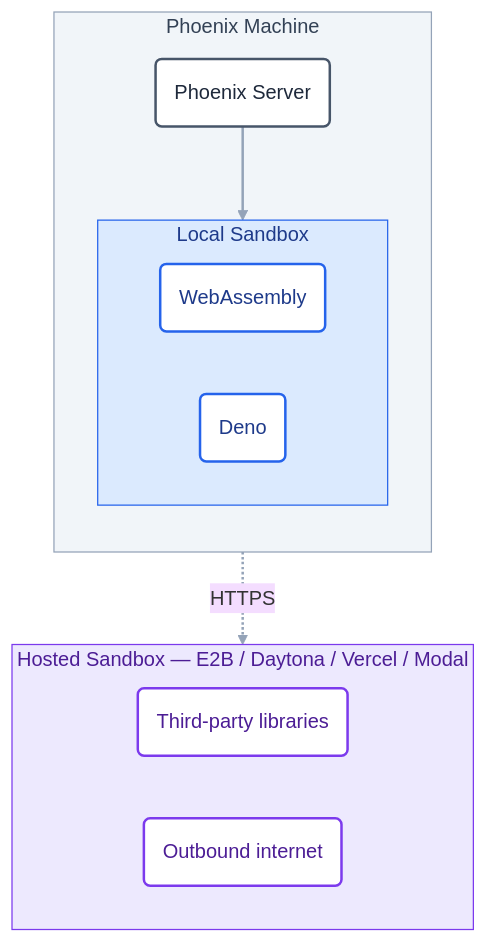
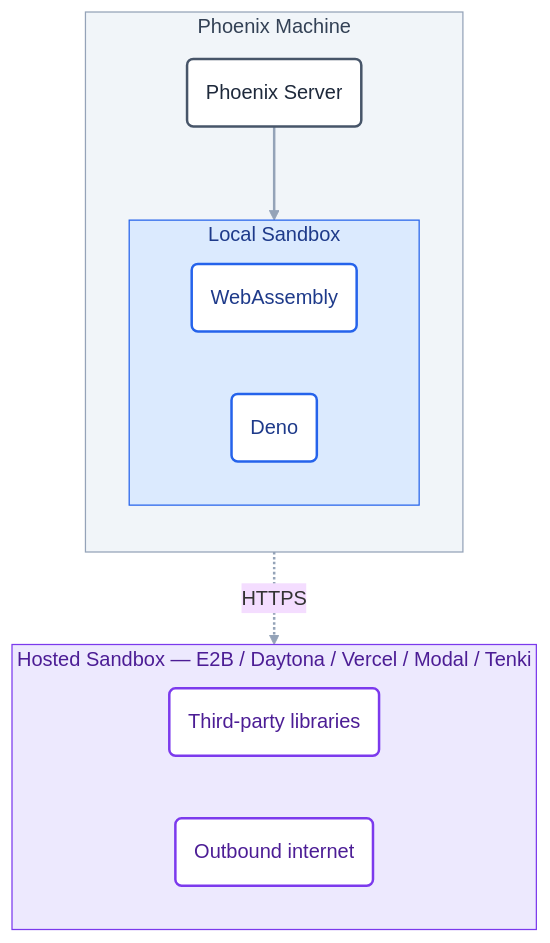
The diagram in docs/phoenix/settings/sandboxes.mdx (Arize-ai/phoenix), drawn with Mermaid before and after one commit. The commit also changed other lines of this file and 11 other files, not shown here.

First line of the commit message:
fix(sandbox): harden Tenki backend + docs (review round 2)

````diff
--- a/docs/phoenix/settings/sandboxes.mdx
+++ b/docs/phoenix/settings/sandboxes.mdx
@@ -27,36 +27,36 @@
 ```mermaid
 %%{init: {'theme': 'base'}}%%
 flowchart TB
     subgraph phoenixHost ["Phoenix Machine"]
         direction TB
         Server("Phoenix Server")
         subgraph localBox ["Local Sandbox"]
             direction LR
             WASM("WebAssembly")
             Deno("Deno")
         end
         Server --> localBox
     end
 
-    subgraph provider ["Hosted Sandbox — E2B / Daytona / Vercel / Modal"]
+    subgraph provider ["Hosted Sandbox — E2B / Daytona / Vercel / Modal / Tenki"]
         direction LR
         Libs("Third-party libraries")
         Net("Outbound internet")
     end
 
     Server -. "HTTPS" .-> provider
 
     classDef host fill:#FFFFFF,stroke:#475569,stroke-width:2px,color:#1E293B
     classDef localNode fill:#FFFFFF,stroke:#2563EB,stroke-width:2px,color:#1E3A8A
     classDef hostedNode fill:#FFFFFF,stroke:#7C3AED,stroke-width:2px,color:#4C1D95
 
     class Server host
     class WASM,Deno localNode
     class Libs,Net hostedNode
 
     style phoenixHost fill:#F1F5F9,stroke:#94A3B8,stroke-width:1px,color:#334155
     style localBox fill:#DBEAFE,stroke:#2563EB,stroke-width:1px,color:#1E3A8A
     style provider fill:#EDE9FE,stroke:#7C3AED,stroke-width:1px,color:#4C1D95
 
     linkStyle default stroke:#94A3B8,stroke-width:2px
 ```
````
